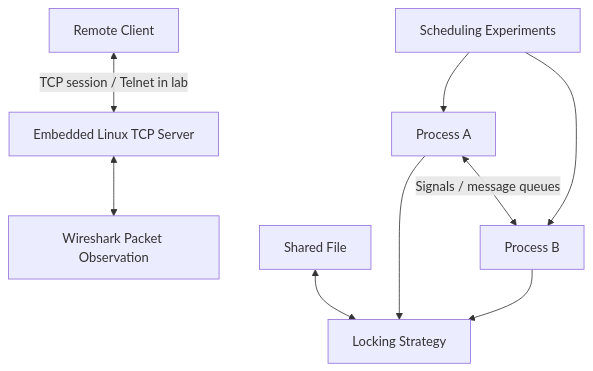
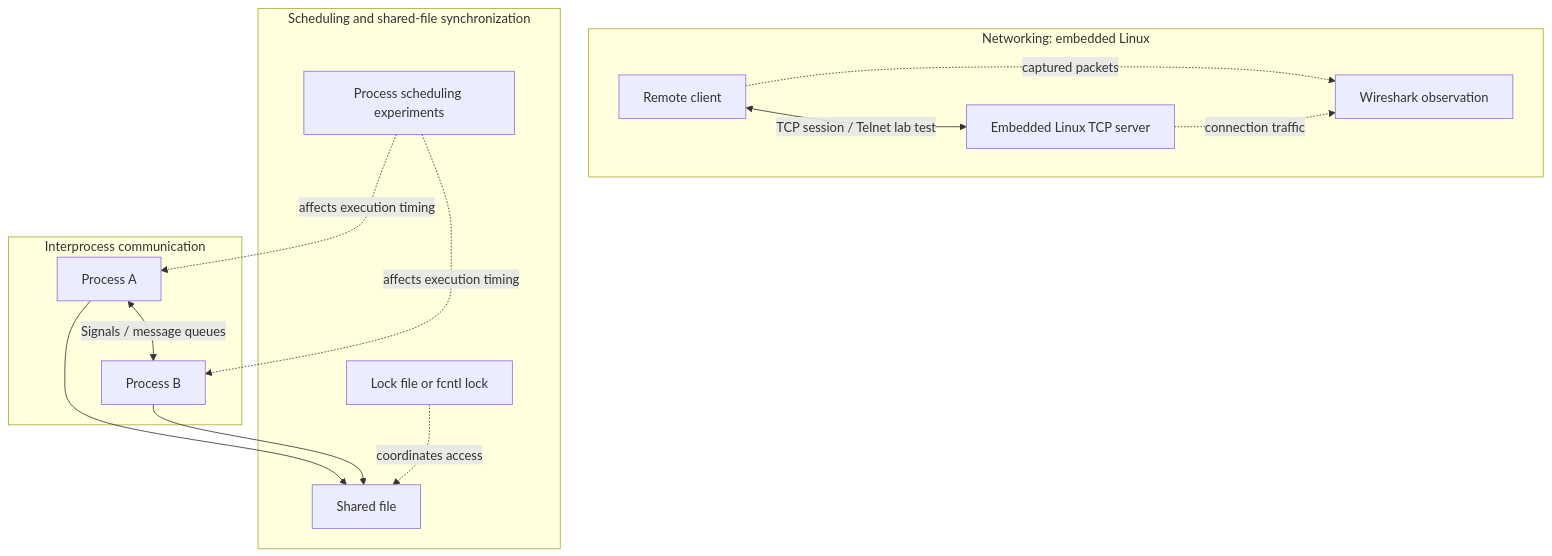
One commit to Minhazul22/Linux-TCP-Server-and-IPC changed the diagram in diagrams/system-overview.mmd. Above: the diagram before and after it, drawn with Mermaid.

Commit message:
Clarify network observation and IPC diagram

```diff
--- a/diagrams/system-overview.mmd
+++ b/diagrams/system-overview.mmd
@@ -1,9 +1,25 @@
-flowchart TD
-    A[Remote Client] <--> |TCP session / Telnet in lab| B[Embedded Linux TCP Server]
-    B <--> C[Wireshark Packet Observation]
-    D[Process A] <--> |Signals / message queues| E[Process B]
-    F[Shared File] <--> G[Locking Strategy]
-    D --> G
-    E --> G
-    H[Scheduling Experiments] --> D
-    H --> E
+flowchart TB
+    subgraph NET["Networking: embedded Linux"]
+        CLIENT[Remote client]
+        SERVER[Embedded Linux TCP server]
+        CLIENT <-->|TCP session / Telnet lab test| SERVER
+        CLIENT -. captured packets .-> TRACE[Wireshark observation]
+        SERVER -. connection traffic .-> TRACE
+    end
+
+    subgraph IPC["Interprocess communication"]
+        PROC_A[Process A]
+        PROC_B[Process B]
+        PROC_A <-->|Signals / message queues| PROC_B
+    end
+
+    subgraph SYNC["Scheduling and shared-file synchronization"]
+        SCHED[Process scheduling experiments]
+        SHARED[Shared file]
+        LOCK[Lock file or fcntl lock]
+        PROC_A --> SHARED
+        PROC_B --> SHARED
+        LOCK -. coordinates access .-> SHARED
+        SCHED -. affects execution timing .-> PROC_A
+        SCHED -. affects execution timing .-> PROC_B
+    end
```
